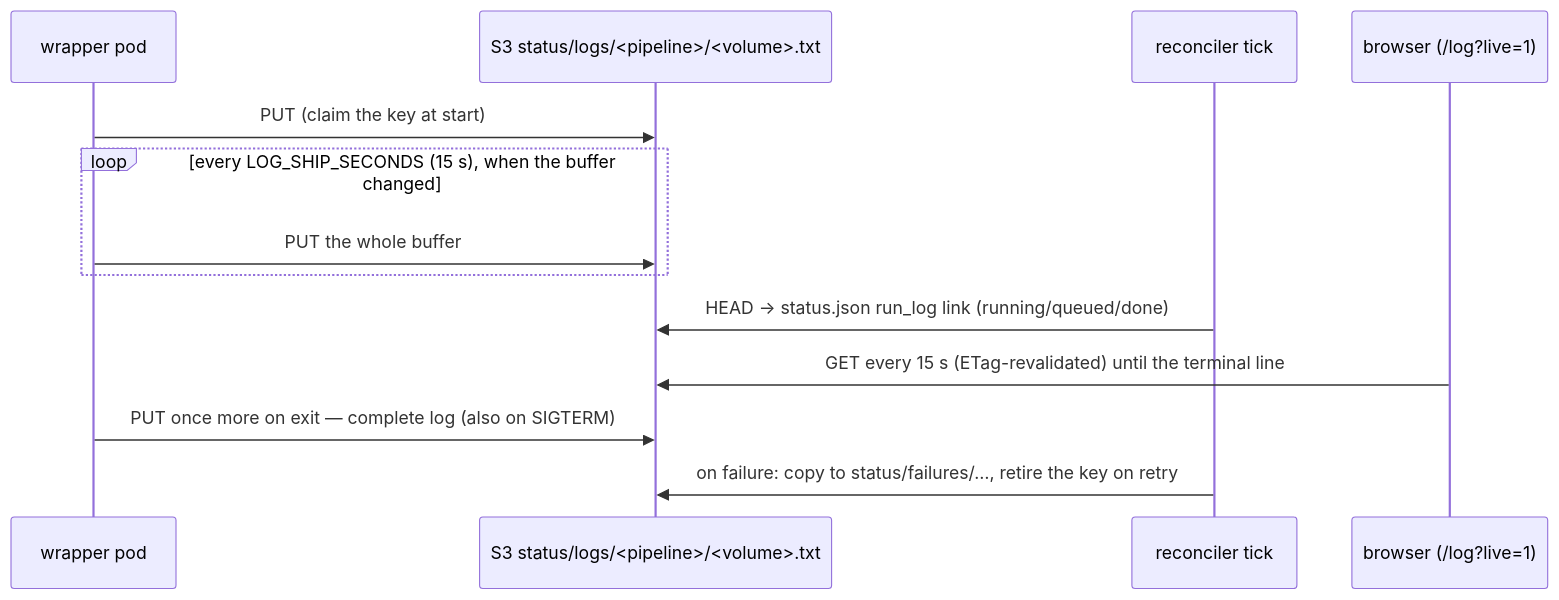
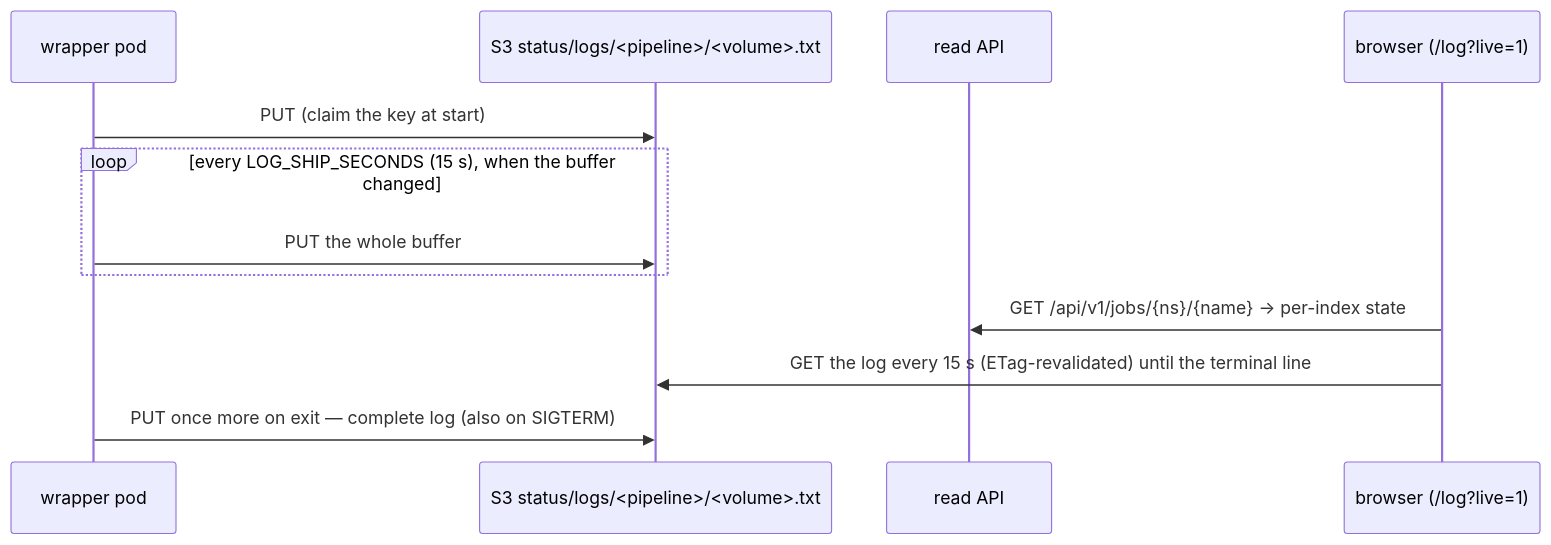
One commit to AI-Riksarkivet/htrflow-batch changed the diagram in docs/how-it-works/live-run-log.md. Above: the diagram before and after it, drawn with Mermaid. The commit also changed other lines of this file and 37 other files, not shown here.

````diff
--- a/docs/how-it-works/live-run-log.md
+++ b/docs/how-it-works/live-run-log.md
@@ -11,16 +13,15 @@
 ```mermaid
 sequenceDiagram
     participant P as wrapper pod
     participant S3 as S3 status/logs/<pipeline>/<volume>.txt
-    participant R as reconciler tick
+    participant API as read API
     participant B as browser (/log?live=1)
 
     P->>S3: PUT (claim the key at start)
     loop every LOG_SHIP_SECONDS (15 s), when the buffer changed
         P->>S3: PUT the whole buffer
     end
-    R->>S3: HEAD → status.json run_log link (running/queued/done)
-    B->>S3: GET every 15 s (ETag-revalidated) until the terminal line
+    B->>API: GET /api/v1/jobs/{ns}/{name} → per-index state
+    B->>S3: GET the log every 15 s (ETag-revalidated) until the terminal line
     P->>S3: PUT once more on exit — complete log (also on SIGTERM)
-    R->>S3: on failure: copy to status/failures/…, retire the key on retry
 ```
````
